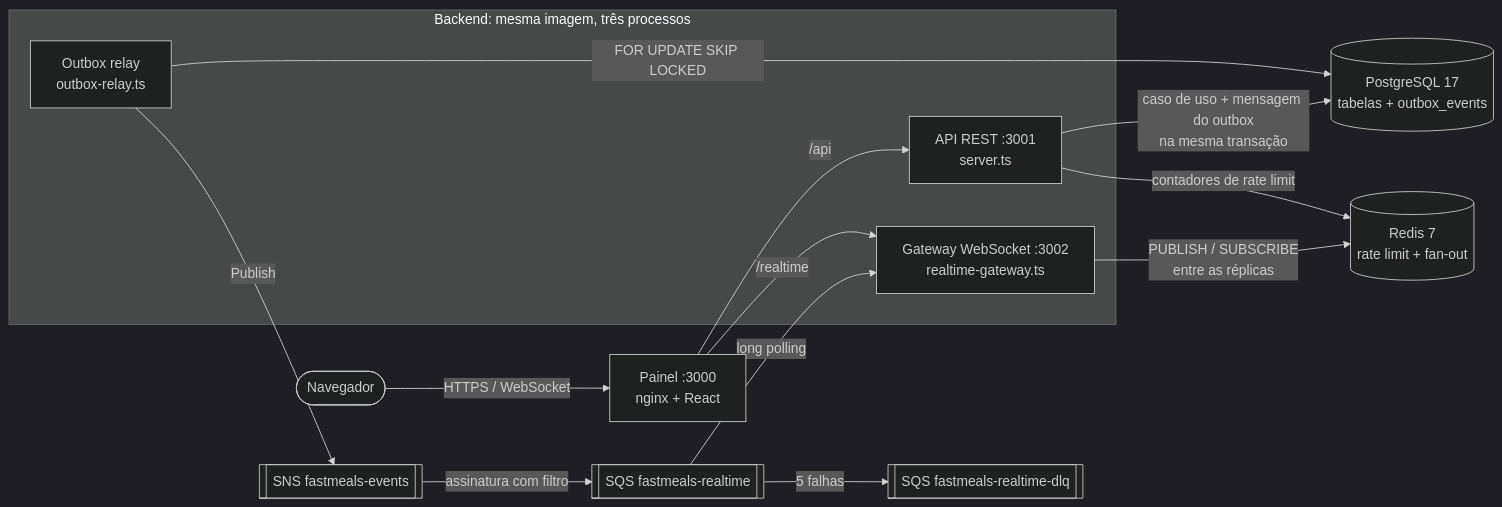
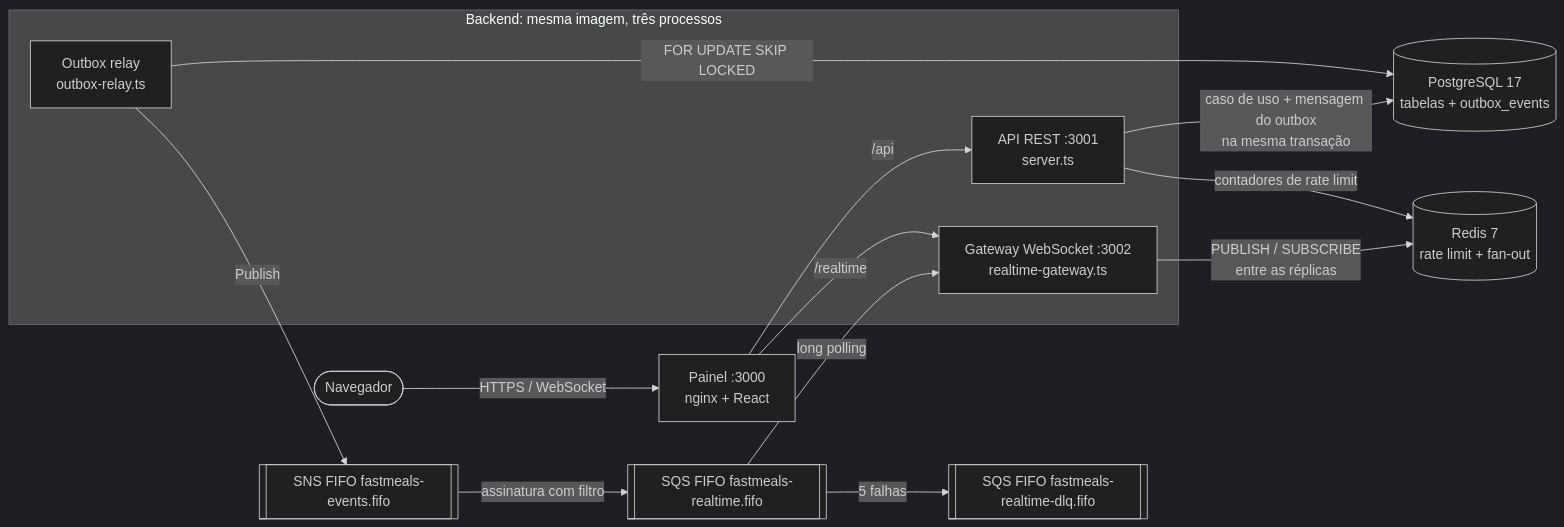
Before and after one commit to gftf2011/eyecarehealth-take-home-typescript-react: the first of 4 diagrams in DECISIONS.md, drawn with Mermaid (dark theme). The commit also changed other lines of this file, not shown here.

Commit message:
docs: record the FIFO messaging decision (ADR-23)

````diff
--- a/DECISIONS.md
+++ b/DECISIONS.md
@@ -23,29 +23,29 @@
 ```mermaid
 flowchart LR
     navegador([Navegador])
     painel[Painel :3000<br/>nginx + React]
 
     subgraph processos[Backend: mesma imagem, três processos]
         api[API REST :3001<br/>server.ts]
         relay[Outbox relay<br/>outbox-relay.ts]
         gw[Gateway WebSocket :3002<br/>realtime-gateway.ts]
     end
 
     pg[(PostgreSQL 17<br/>tabelas + outbox_events)]
     redis[(Redis 7<br/>rate limit + fan-out)]
-    sns[[SNS fastmeals-events]]
-    sqs[[SQS fastmeals-realtime]]
-    dlq[[SQS fastmeals-realtime-dlq]]
+    sns[[SNS FIFO fastmeals-events.fifo]]
+    sqs[[SQS FIFO fastmeals-realtime.fifo]]
+    dlq[[SQS FIFO fastmeals-realtime-dlq.fifo]]
 
     navegador -- HTTPS / WebSocket --> painel
     painel -- /api --> api
     api -- caso de uso + mensagem do outbox<br/>na mesma transação --> pg
     api -- contadores de rate limit --> redis
     relay -- FOR UPDATE SKIP LOCKED --> pg
     relay -- Publish --> sns
     sns -- assinatura com filtro --> sqs
     sqs -- 5 falhas --> dlq
     sqs -- long polling --> gw
     gw -- PUBLISH / SUBSCRIBE<br/>entre as réplicas --> redis
     painel -- /realtime --> gw
 ```
````
